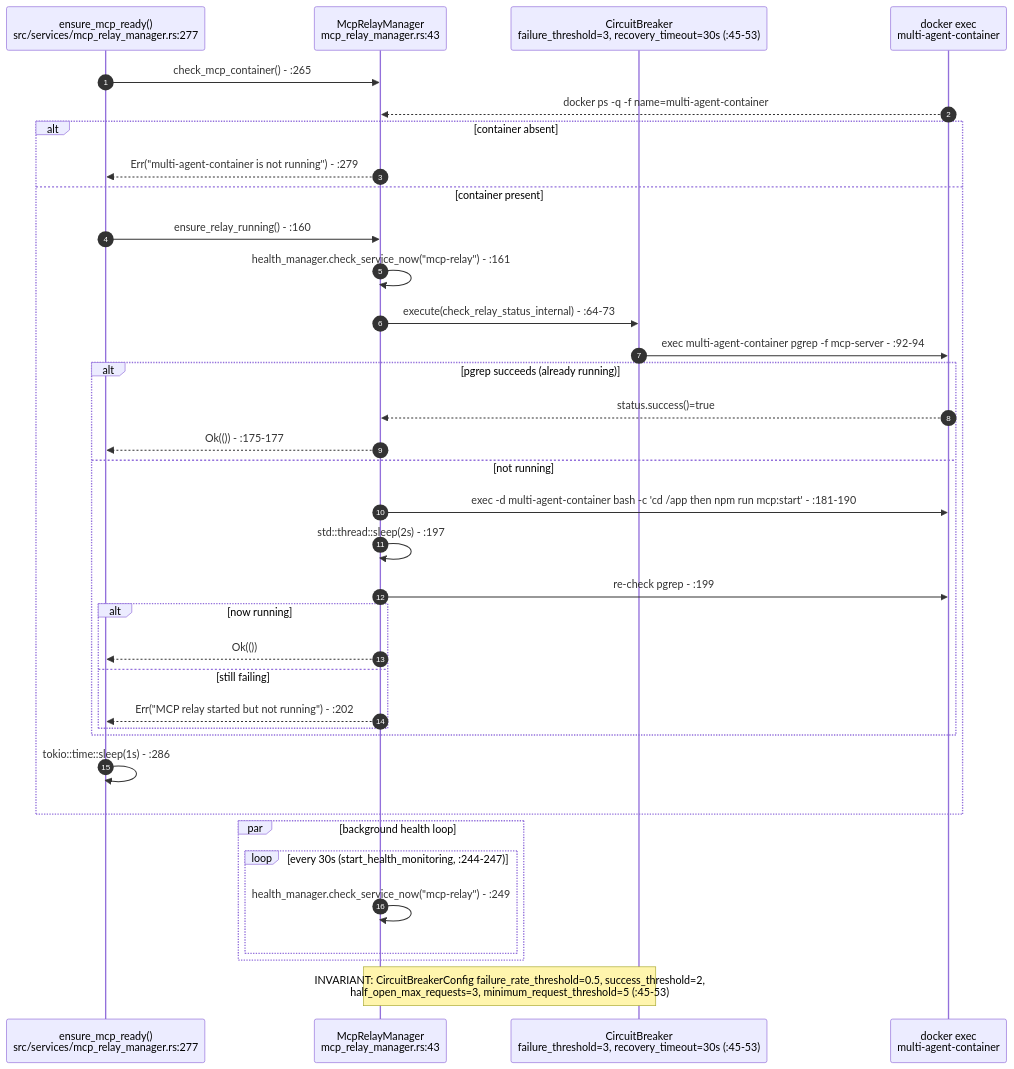
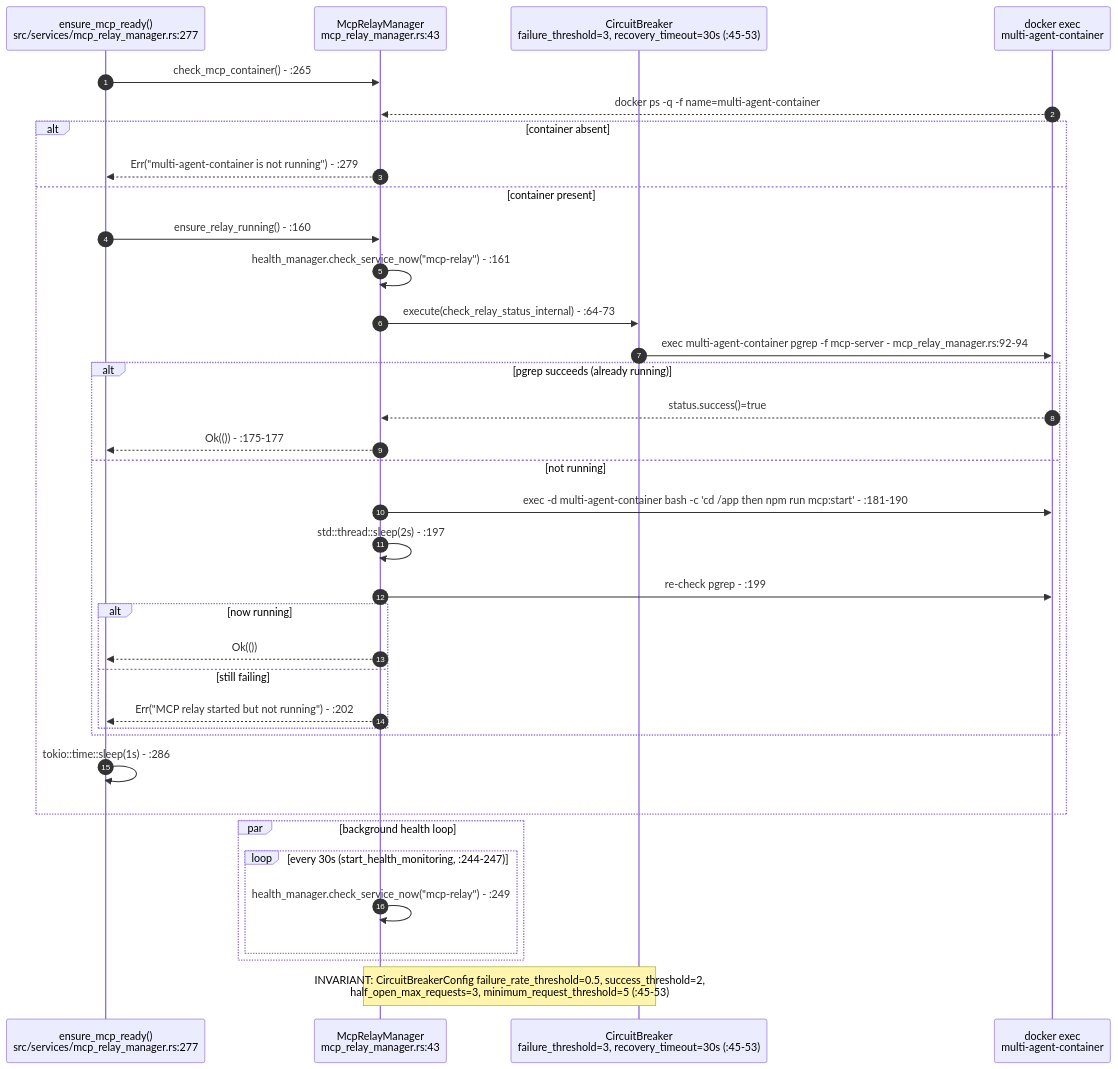
The second of 13 diagrams in docs/diagrams/visionclaw/27-agent-integration-mcp-relay.md (DreamLab-AI/VisionFlow), drawn with Mermaid before and after one commit. The commit also changed other lines of this file and 52 other files, not shown here.

First line of the commit message:
docs(diagrams): wave 3 checkpoint — bare line refs resolved, revision-pinned cite-check, VC-05/AB-01..13 re-attested

````diff
--- a/docs/diagrams/visionclaw/27-agent-integration-mcp-relay.md
+++ b/docs/diagrams/visionclaw/27-agent-integration-mcp-relay.md
@@ -76,39 +76,39 @@
 ```mermaid
 sequenceDiagram
     autonumber
     participant Caller as ensure_mcp_ready()<br/>src/services/mcp_relay_manager.rs:277
     participant MRM as McpRelayManager<br/>mcp_relay_manager.rs:43
     participant CB as CircuitBreaker<br/>failure_threshold=3, recovery_timeout=30s (:45-53)
     participant Docker as docker exec<br/>multi-agent-container
 
     Caller->>MRM: check_mcp_container() - :265
     Docker-->>MRM: docker ps -q -f name=multi-agent-container
     alt container absent
         MRM-->>Caller: Err("multi-agent-container is not running") - :279
     else container present
         Caller->>MRM: ensure_relay_running() - :160
         MRM->>MRM: health_manager.check_service_now("mcp-relay") - :161
         MRM->>CB: execute(check_relay_status_internal) - :64-73
-        CB->>Docker: exec multi-agent-container pgrep -f mcp-server - :92-94
+        CB->>Docker: exec multi-agent-container pgrep -f mcp-server - mcp_relay_manager.rs:92-94
         alt pgrep succeeds (already running)
             Docker-->>MRM: status.success()=true
             MRM-->>Caller: Ok(()) - :175-177
         else not running
             MRM->>Docker: exec -d multi-agent-container bash -c 'cd /app then npm run mcp:start' - :181-190
             MRM->>MRM: std::thread::sleep(2s) - :197
             MRM->>Docker: re-check pgrep - :199
             alt now running
                 MRM-->>Caller: Ok(())
             else still failing
                 MRM-->>Caller: Err("MCP relay started but not running") - :202
             end
         end
         Caller->>Caller: tokio::time::sleep(1s) - :286
     end
     par background health loop
         loop every 30s (start_health_monitoring, :244-247)
             MRM->>MRM: health_manager.check_service_now("mcp-relay") - :249
         end
     end
     Note over MRM,CB: INVARIANT: CircuitBreakerConfig failure_rate_threshold=0.5, success_threshold=2,<br/>half_open_max_requests=3, minimum_request_threshold=5 (:45-53)
 ```
````
